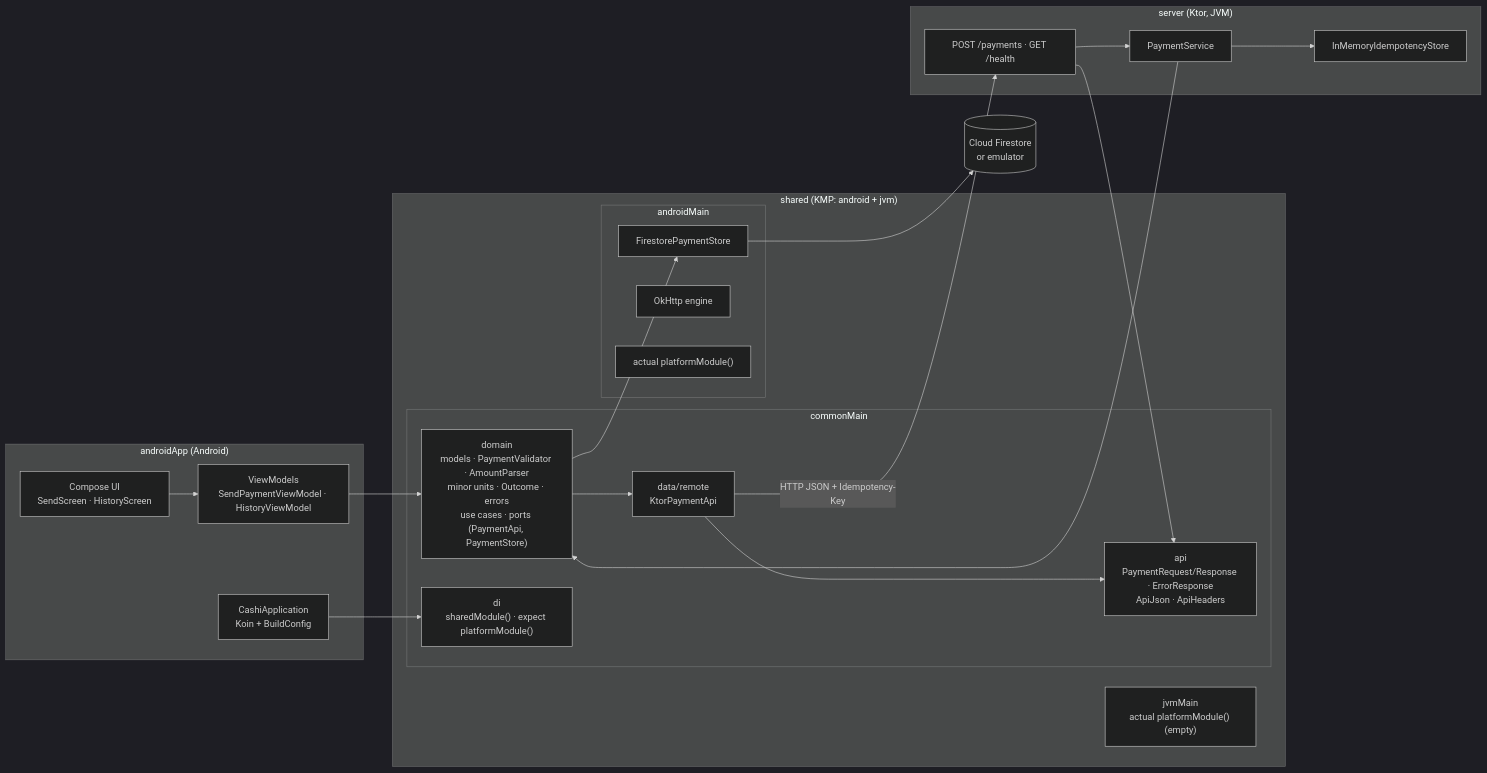
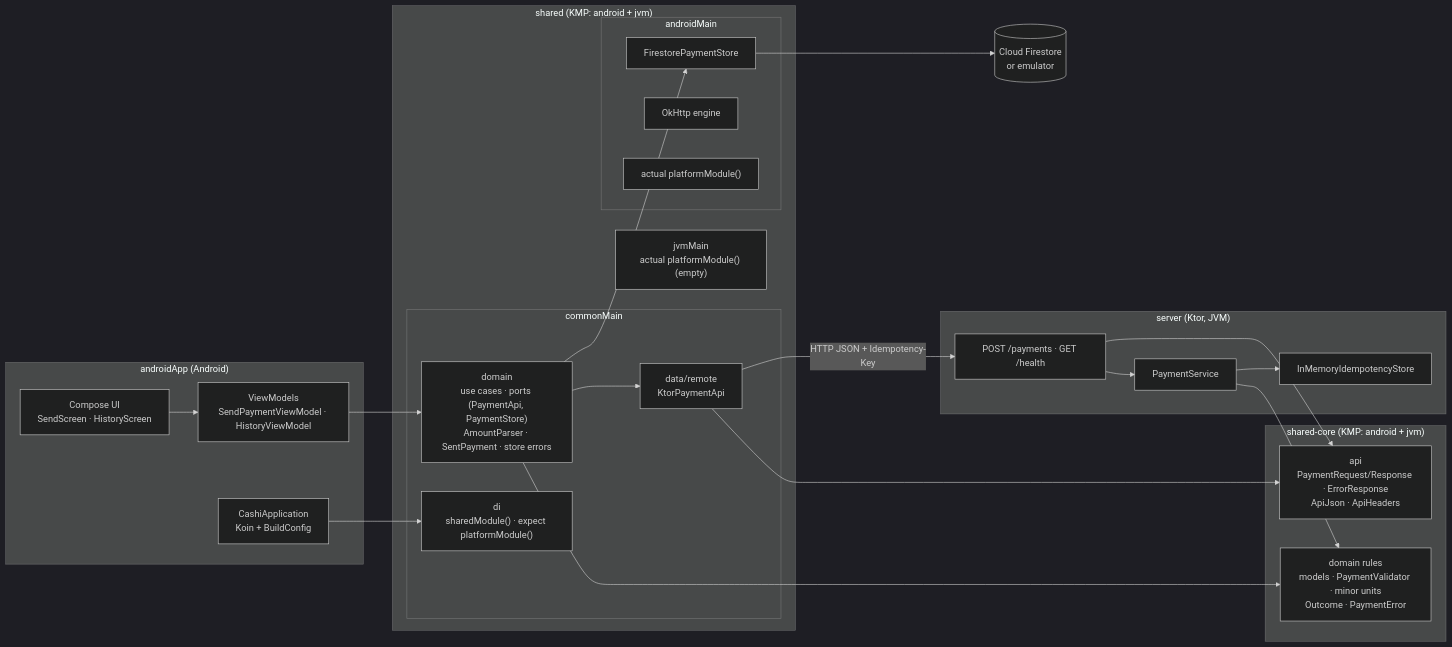
The first of 3 diagrams in docs/ARCHITECTURE.md (OwaysSH/cashi_payment_demo), drawn with Mermaid (dark theme) before and after one commit. The commit also changed other lines of this file and 35 other files, not shown here.

Commit message:
Extract shared-core with the API contract and core domain rules

````diff
--- a/docs/ARCHITECTURE.md
+++ b/docs/ARCHITECTURE.md
@@ -15,40 +15,45 @@
 ```mermaid
 flowchart LR
     subgraph app["androidApp (Android)"]
         UI["Compose UI<br/>SendScreen · HistoryScreen"]
         VM["ViewModels<br/>SendPaymentViewModel · HistoryViewModel"]
         AppDI["CashiApplication<br/>Koin + BuildConfig"]
     end
 
+    subgraph core["shared-core (KMP: android + jvm)"]
+        Rules["domain rules<br/>models · PaymentValidator · minor units<br/>Outcome · PaymentError"]
+        Contract["api<br/>PaymentRequest/Response · ErrorResponse<br/>ApiJson · ApiHeaders"]
+    end
+
     subgraph shared["shared (KMP: android + jvm)"]
         subgraph common["commonMain"]
-            Domain["domain<br/>models · PaymentValidator · AmountParser<br/>minor units · Outcome · errors<br/>use cases · ports (PaymentApi, PaymentStore)"]
+            Domain["domain<br/>use cases · ports (PaymentApi, PaymentStore)<br/>AmountParser · SentPayment · store errors"]
             Remote["data/remote<br/>KtorPaymentApi"]
-            Contract["api<br/>PaymentRequest/Response · ErrorResponse<br/>ApiJson · ApiHeaders"]
             DI["di<br/>sharedModule() · expect platformModule()"]
         end
         subgraph androidMain["androidMain"]
             Fire["FirestorePaymentStore"]
             OkHttp["OkHttp engine"]
             AndroidDI["actual platformModule()"]
         end
         jvmMain["jvmMain<br/>actual platformModule() (empty)"]
     end
 
     subgraph srv["server (Ktor, JVM)"]
         Routes["POST /payments · GET /health"]
         Service["PaymentService"]
         Idem["InMemoryIdempotencyStore"]
     end
 
     Firestore[("Cloud Firestore<br/>or emulator")]
 
     UI --> VM --> Domain
     AppDI --> DI
+    Domain --> Rules
     Domain --> Remote --> Contract
     Remote -- "HTTP JSON + Idempotency-Key" --> Routes
-    Routes --> Service --> Domain
+    Routes --> Service --> Rules
     Service --> Idem
     Routes --> Contract
     Domain --> Fire --> Firestore
 ```
````
